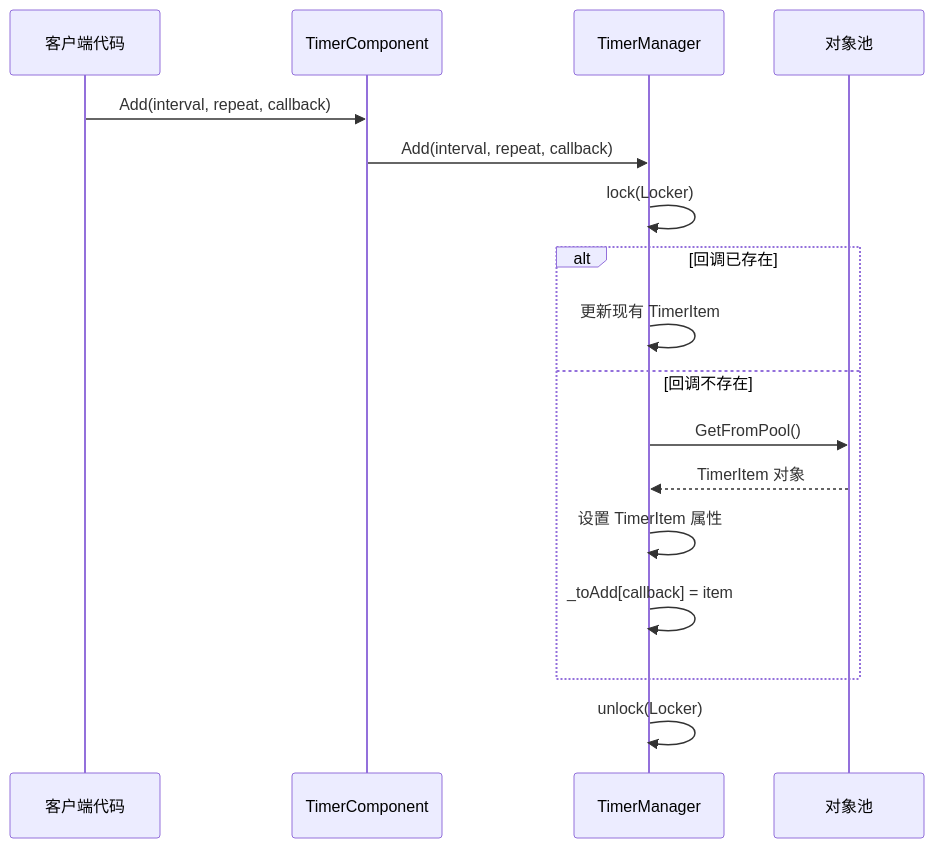
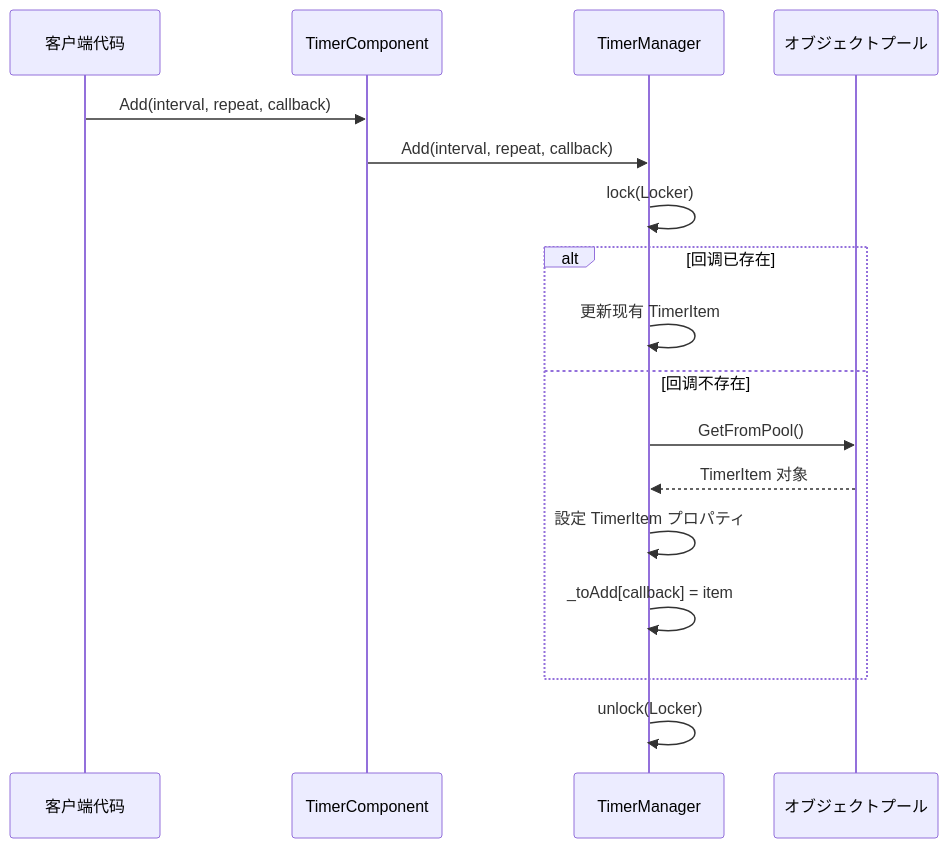
The second of 3 diagrams in docs/ja/client/unity/component/timer/01.overview.md (AlianBlank/GameFrameX.Docs), drawn with Mermaid before and after one commit. The commit also changed other lines of this file and 603 other files, not shown here.

````diff
--- a/docs/ja/client/unity/component/timer/01.overview.md
+++ b/docs/ja/client/unity/component/timer/01.overview.md
@@ -136,20 +136,20 @@
 ```mermaid
 sequenceDiagram
     participant C as 客户端代码
     participant TC as TimerComponent
     participant TM as TimerManager
-    participant Pool as 对象池
+    participant Pool as オブジェクトプール
 
     C->>TC: Add(interval, repeat, callback)
     TC->>TM: Add(interval, repeat, callback)
     TM->>TM: lock(Locker)
     alt 回调已存在
         TM->>TM: 更新现有 TimerItem
     else 回调不存在
         TM->>Pool: GetFromPool()
         Pool-->>TM: TimerItem 对象
-        TM->>TM: 设置 TimerItem 属性
+        TM->>TM: 設定 TimerItem プロパティ
         TM->>TM: _toAdd[callback] = item
     end
     TM->>TM: unlock(Locker)
 ```
````
